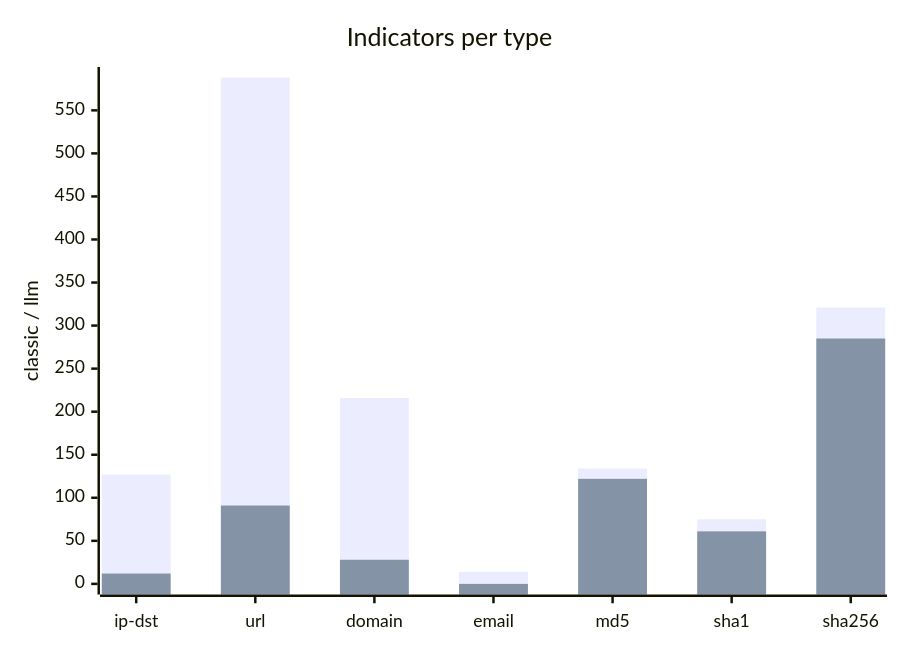
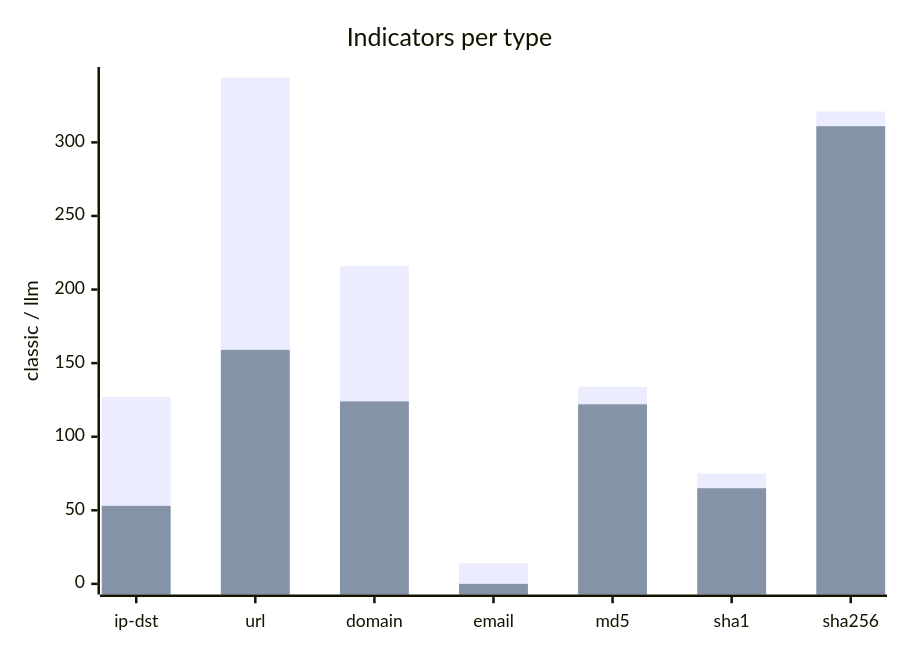
Before and after one commit to MISP/ai-connector: the fifth of 5 diagrams in docs/BENCHMARKS_extraction.md, drawn with Mermaid. The commit also changed other lines of this file and 5 other files, not shown here.

````diff
--- a/docs/BENCHMARKS_extraction.md
+++ b/docs/BENCHMARKS_extraction.md
@@ -151,8 +151,8 @@
 ```mermaid
 xychart-beta
   title "Indicators per type"
   x-axis ["ip-dst", "url", "domain", "email", "md5", "sha1", "sha256"]
-  y-axis "classic / llm" 0 --> 588
-  bar [127, 588, 216, 14, 134, 75, 321]
-  bar [12, 91, 28, 0, 122, 61, 285]
+  y-axis "classic / llm" 0 --> 344
+  bar [127, 344, 216, 14, 134, 75, 321]
+  bar [53, 159, 124, 0, 122, 65, 311]
 ```
````
